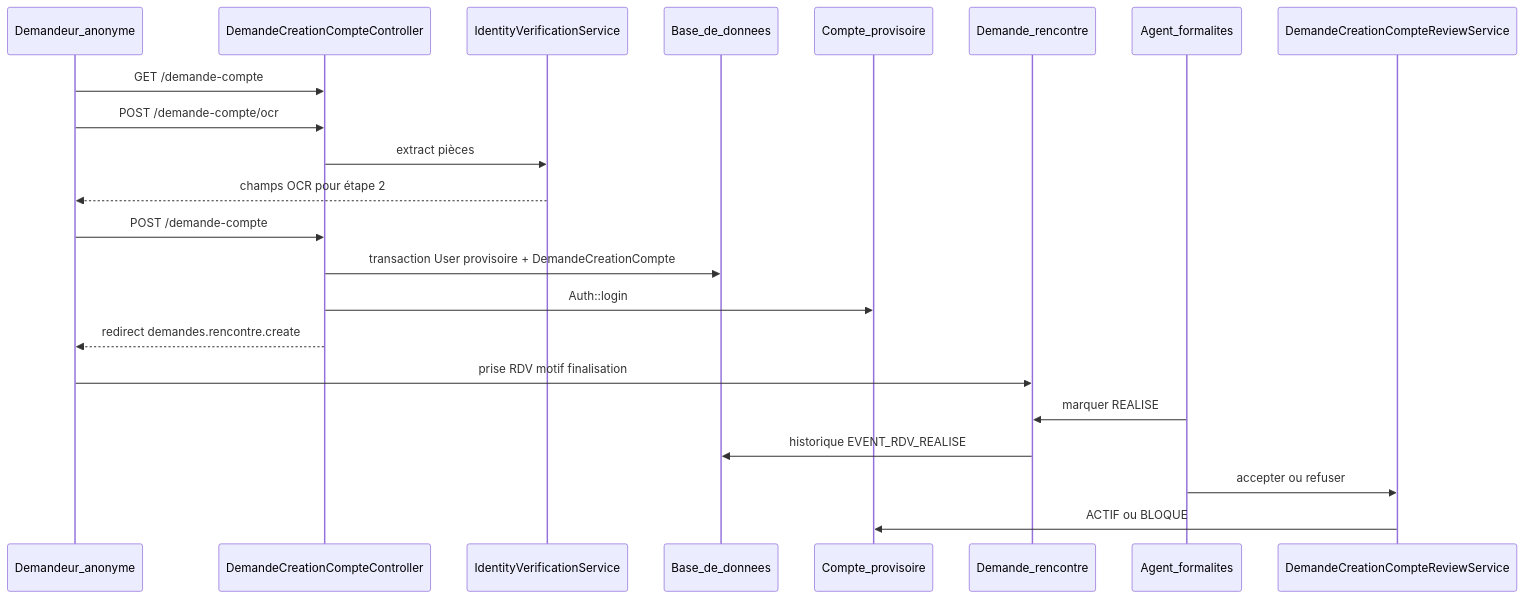
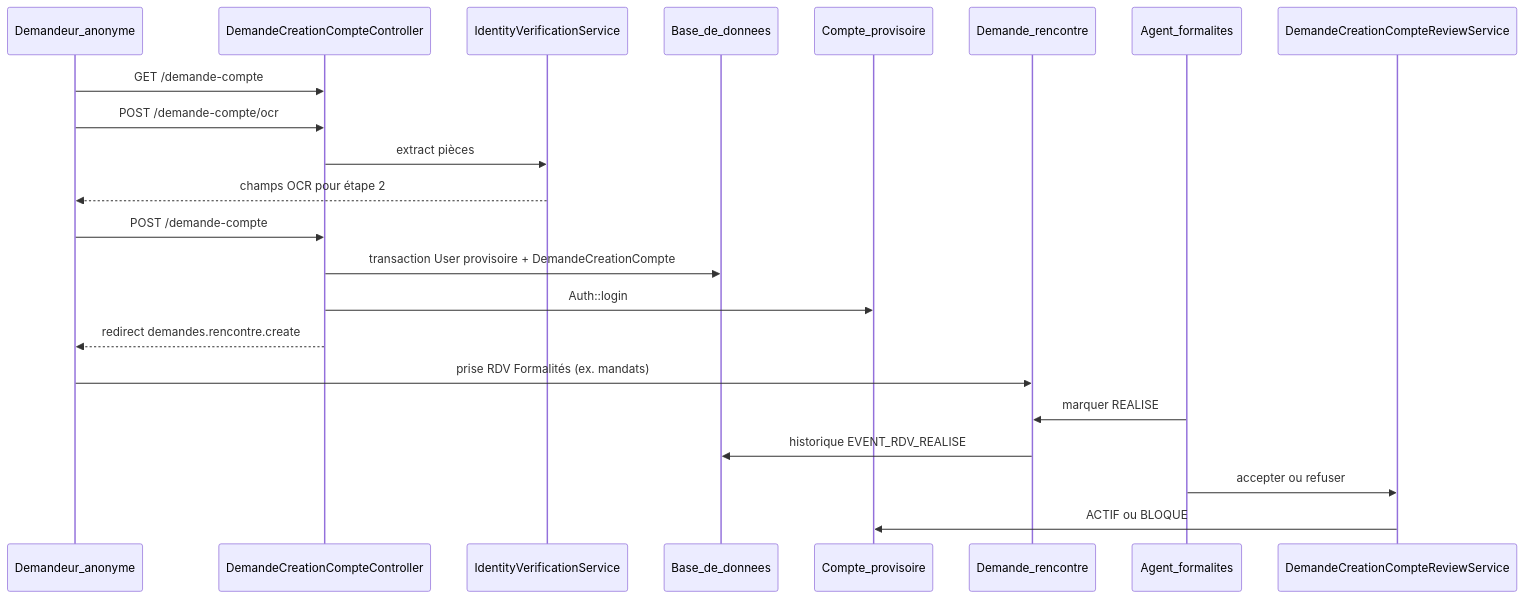
One commit to senburbensnew/direction-pension-civile changed the diagram in documentation/demande-creation-compte.md. Above: the diagram before and after it, drawn with Mermaid. The commit also changed other lines of this file and 44 other files, not shown here.

````diff
--- a/documentation/demande-creation-compte.md
+++ b/documentation/demande-creation-compte.md
@@ -13,25 +13,25 @@
 ```mermaid
 sequenceDiagram
     participant Public as Demandeur_anonyme
     participant Ctrl as DemandeCreationCompteController
     participant OCR as IdentityVerificationService
     participant DB as Base_de_donnees
     participant User as Compte_provisoire
     participant RDV as Demande_rencontre
     participant Agent as Agent_formalites
     participant Review as DemandeCreationCompteReviewService
 
     Public->>Ctrl: GET /demande-compte
     Public->>Ctrl: POST /demande-compte/ocr
     Ctrl->>OCR: extract pièces
     OCR-->>Public: champs OCR pour étape 2
     Public->>Ctrl: POST /demande-compte
     Ctrl->>DB: transaction User provisoire + DemandeCreationCompte
     Ctrl->>User: Auth::login
     Ctrl-->>Public: redirect demandes.rencontre.create
-    Public->>RDV: prise RDV motif finalisation
+    Public->>RDV: prise RDV Formalités (ex. mandats)
     Agent->>RDV: marquer REALISE
     RDV->>DB: historique EVENT_RDV_REALISE
     Agent->>Review: accepter ou refuser
     Review->>User: ACTIF ou BLOQUE
 ```
````
